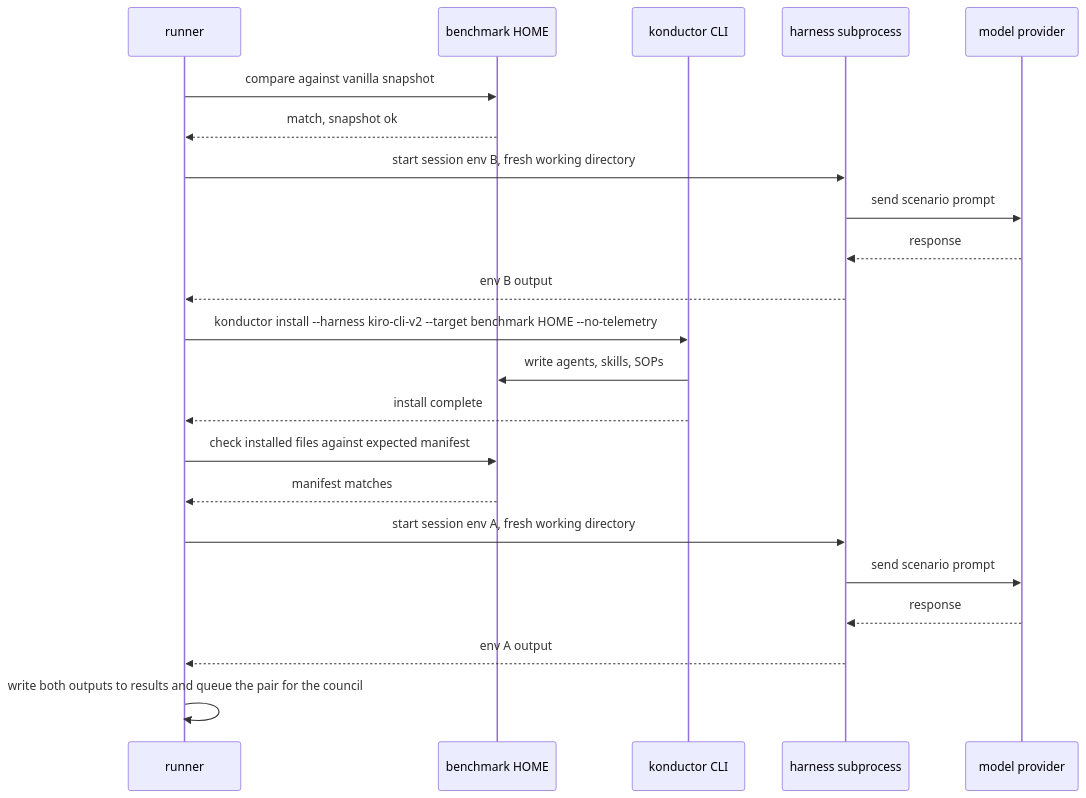
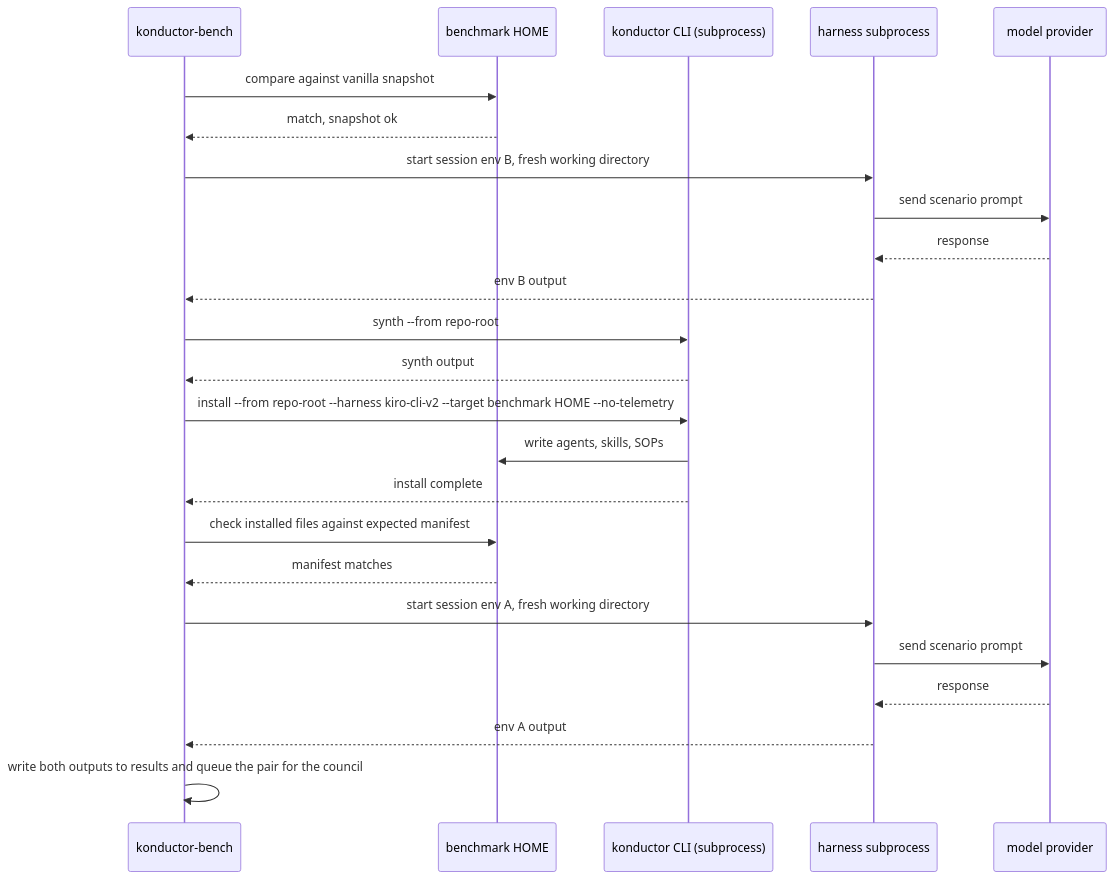
Before and after one commit to aws-solutions/konductor: the third of 5 diagrams in .konductor/designs/benchmarking/design.md, drawn with Mermaid. The commit also changed other lines of this file, not shown here.

First line of the commit message:
docs(benchmarking): separate konductor-bench binary, clone required

````diff
--- a/.konductor/designs/benchmarking/design.md
+++ b/.konductor/designs/benchmarking/design.md
@@ -162,30 +172,33 @@
 ```mermaid
 sequenceDiagram
-    participant Runner as runner
+    participant Bench as konductor-bench
     participant Home as benchmark HOME
-    participant CLI as konductor CLI
+    participant Konductor as konductor CLI (subprocess)
     participant Sub as harness subprocess
     participant Model as model provider
 
-    Runner->>Home: compare against vanilla snapshot
-    Home-->>Runner: match, snapshot ok
+    Bench->>Home: compare against vanilla snapshot
+    Home-->>Bench: match, snapshot ok
 
-    Runner->>Sub: start session env B, fresh working directory
+    Bench->>Sub: start session env B, fresh working directory
     Sub->>Model: send scenario prompt
     Model-->>Sub: response
-    Sub-->>Runner: env B output
+    Sub-->>Bench: env B output
 
-    Runner->>CLI: konductor install --harness kiro-cli-v2 --target benchmark HOME --no-telemetry
-    CLI->>Home: write agents, skills, SOPs
-    CLI-->>Runner: install complete
+    Bench->>Konductor: synth --from repo-root
+    Konductor-->>Bench: synth output
 
-    Runner->>Home: check installed files against expected manifest
-    Home-->>Runner: manifest matches
+    Bench->>Konductor: install --from repo-root --harness kiro-cli-v2 --target benchmark HOME --no-telemetry
+    Konductor->>Home: write agents, skills, SOPs
+    Konductor-->>Bench: install complete
 
-    Runner->>Sub: start session env A, fresh working directory
+    Bench->>Home: check installed files against expected manifest
+    Home-->>Bench: manifest matches
+
+    Bench->>Sub: start session env A, fresh working directory
     Sub->>Model: send scenario prompt
     Model-->>Sub: response
-    Sub-->>Runner: env A output
+    Sub-->>Bench: env A output
 
-    Runner->>Runner: write both outputs to results and queue the pair for the council
+    Bench->>Bench: write both outputs to results and queue the pair for the council
 ```
````
